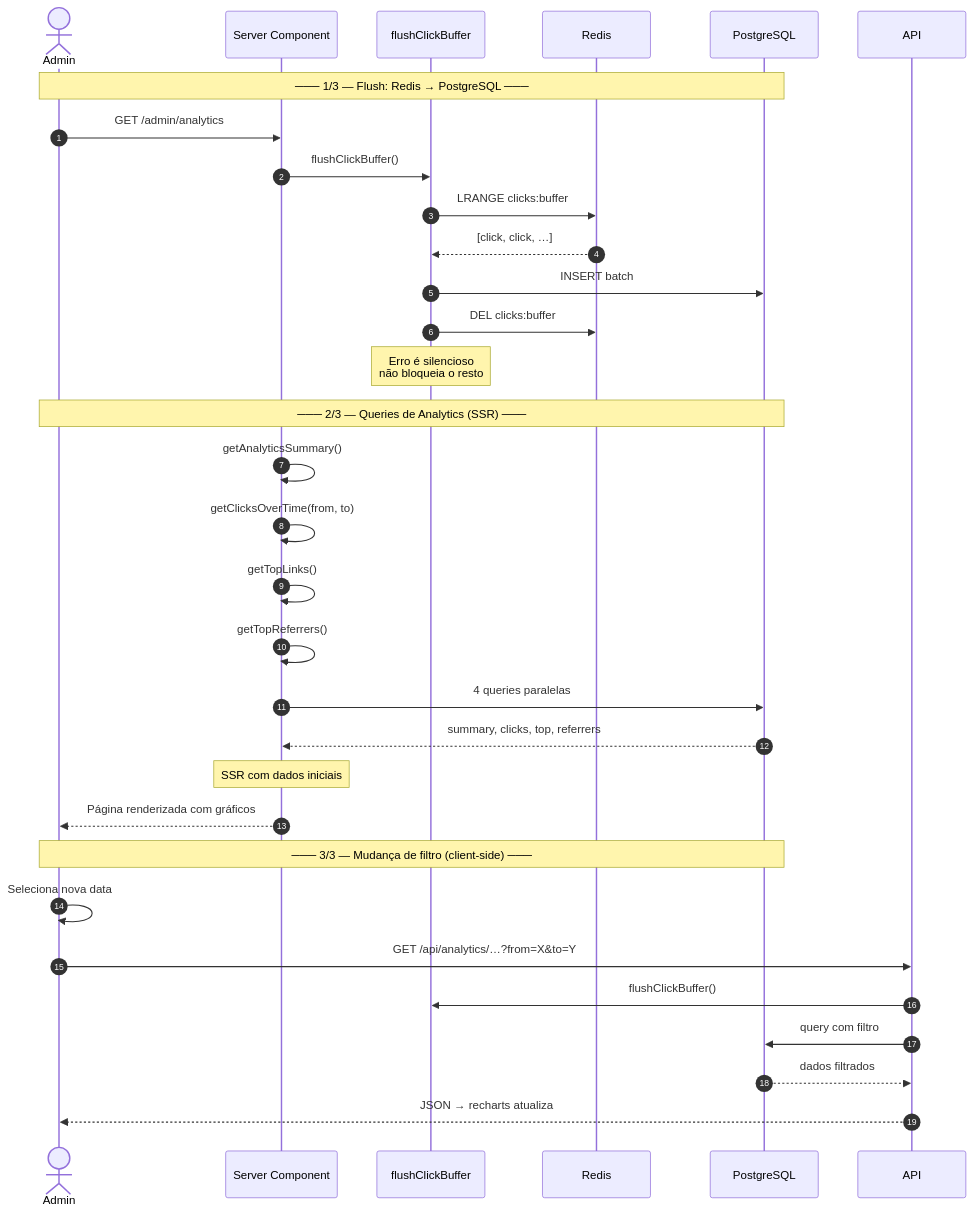
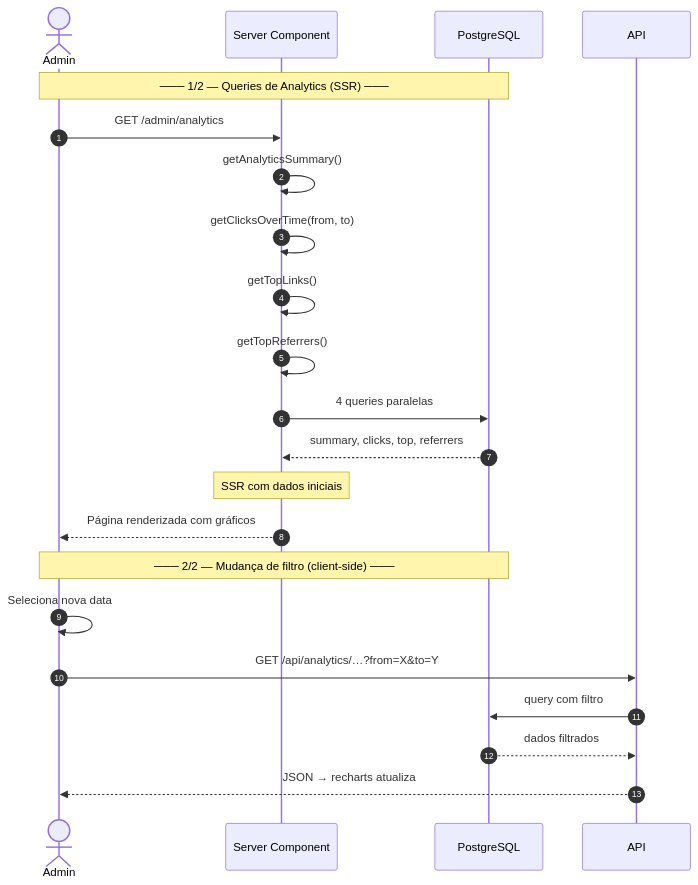
One commit to eduardoaugustolb/encurtador-url changed the fourth of 5 diagrams in docs/fluxo-de-dados.md. Above: the diagram before and after it, drawn with Mermaid. The commit also changed other lines of this file and 14 other files, not shown here.

Commit message:
feat: click tracking direto no PostgreSQL com wipe cache no dashboard (#7)

````diff
--- a/docs/fluxo-de-dados.md
+++ b/docs/fluxo-de-dados.md
@@ -149,37 +149,26 @@
 ```mermaid
 %%{init: {'sequence': {'actorMargin': 55, 'boxMargin': 20}}}%%
 sequenceDiagram
     autonumber
     actor A as Admin
     participant SC as Server Component
-    participant F as flushClickBuffer
-    participant R as Redis
     participant DB as PostgreSQL
 
-    Note over A,DB: ─── 1/3 — Flush: Redis → PostgreSQL ───
+    Note over A,DB: ─── 1/2 — Queries de Analytics (SSR) ───
     A->>SC: GET /admin/analytics
-    SC->>F: flushClickBuffer()
-    F->>R: LRANGE clicks:buffer
-    R-->>F: [click, click, …]
-    F->>DB: INSERT batch
-    F->>R: DEL clicks:buffer
-    Note over F: Erro é silencioso<br/>não bloqueia o resto
-
-    Note over A,DB: ─── 2/3 — Queries de Analytics (SSR) ───
     SC->>SC: getAnalyticsSummary()
     SC->>SC: getClicksOverTime(from, to)
     SC->>SC: getTopLinks()
     SC->>SC: getTopReferrers()
     SC->>DB: 4 queries paralelas
     DB-->>SC: summary, clicks, top, referrers
     Note over SC: SSR com dados iniciais
     SC-->>A: Página renderizada com gráficos
 
-    Note over A,DB: ─── 3/3 — Mudança de filtro (client-side) ───
+    Note over A,DB: ─── 2/2 — Mudança de filtro (client-side) ───
     A->>A: Seleciona nova data
     A->>API: GET /api/analytics/…?from=X&to=Y
-    API->>F: flushClickBuffer()
     API->>DB: query com filtro
     DB-->>API: dados filtrados
     API-->>A: JSON → recharts atualiza
 ```
````
